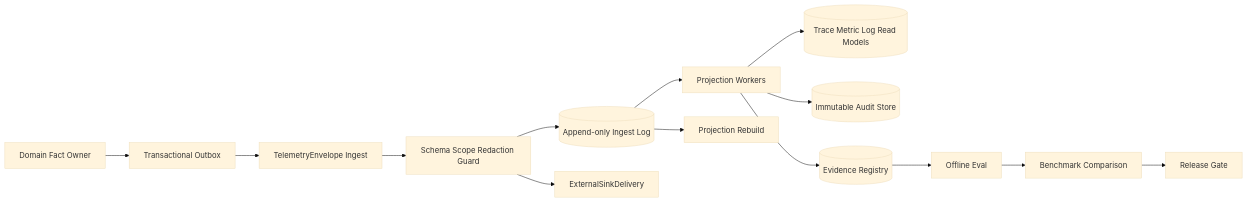
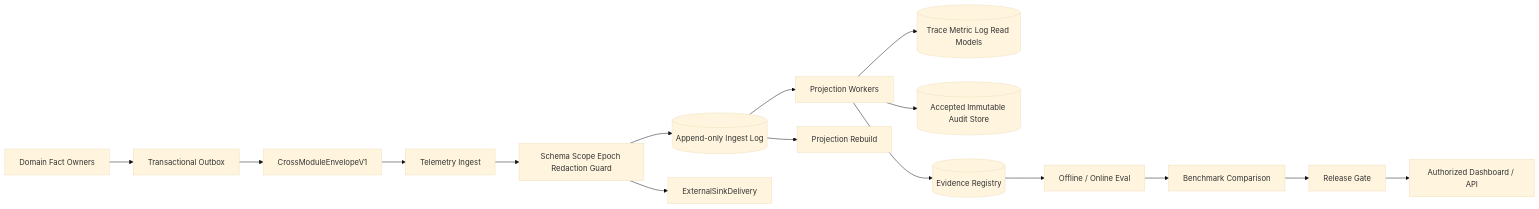
Before and after one commit to ProfessorZhi/Zuno: the first of 2 diagrams in .agent/modules/10-observability-eval.md, drawn with Mermaid (base theme). The commit also changed other lines of this file and 9 other files, not shown here.

Commit message:
docs: consolidate Observability and Eval target architecture

````diff
--- a/.agent/modules/10-observability-eval.md
+++ b/.agent/modules/10-observability-eval.md
@@ -199,16 +146,18 @@
 ```mermaid
 flowchart LR
-  A[Domain Fact Owner] --> B[Transactional Outbox]
-  B --> C[TelemetryEnvelope Ingest]
-  C --> D[Schema Scope Redaction Guard]
-  D --> E[(Append-only Ingest Log)]
-  E --> F[Projection Workers]
-  F --> G[(Trace Metric Log Read Models)]
-  F --> H[(Immutable Audit Store)]
-  F --> I[(Evidence Registry)]
-  E --> J[Projection Rebuild]
-  I --> K[Offline Eval]
-  K --> L[Benchmark Comparison]
-  L --> M[Release Gate]
-  D --> N[ExternalSinkDelivery]
+  A[Domain Fact Owners] --> B[Transactional Outbox]
+  B --> C[CrossModuleEnvelopeV1]
+  C --> D[Telemetry Ingest]
+  D --> E[Schema Scope Epoch Redaction Guard]
+  E --> F[(Append-only Ingest Log)]
+  F --> G[Projection Workers]
+  G --> H[(Trace Metric Log Read Models)]
+  G --> I[(Accepted Immutable Audit Store)]
+  G --> J[(Evidence Registry)]
+  F --> K[Projection Rebuild]
+  J --> L[Offline / Online Eval]
+  L --> M[Benchmark Comparison]
+  M --> N[Release Gate]
+  E --> O[ExternalSinkDelivery]
+  N --> P[Authorized Dashboard / API]
 ```
````
